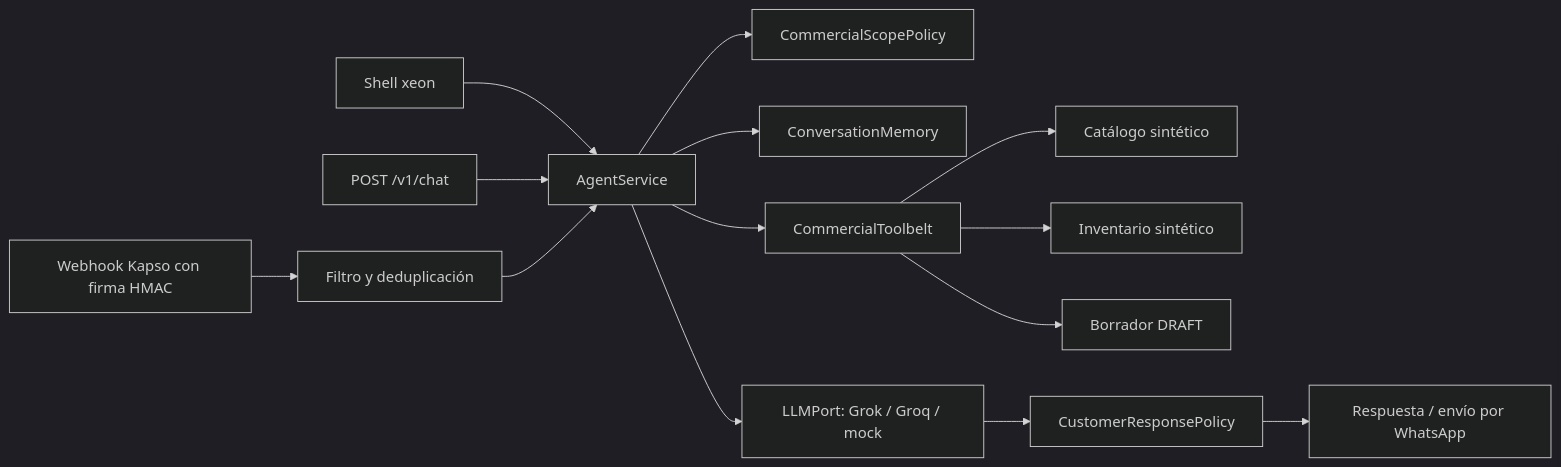
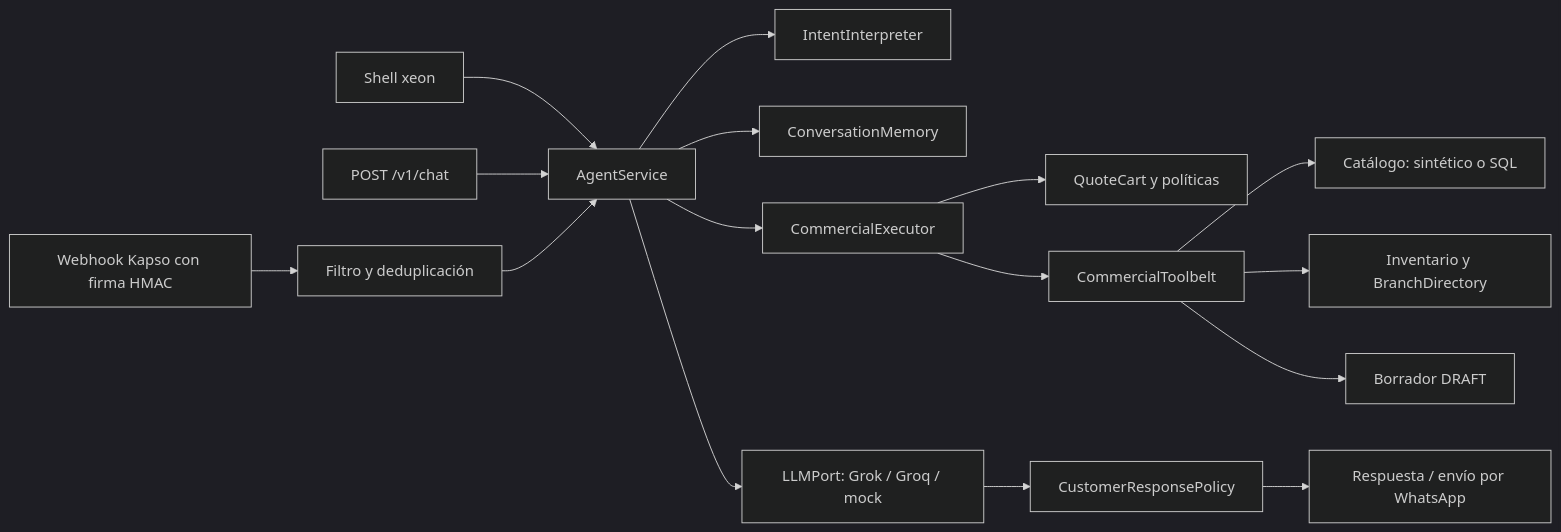
One commit to TuMinipeka/Xeon-agente-cotizaciones changed the diagram in README.md. Above: the diagram before and after it, drawn with Mermaid (dark theme). The commit also changed other lines of this file and 9 other files, not shown here.

````diff
--- a/README.md
+++ b/README.md
@@ -112,15 +116,17 @@
 ```mermaid
 flowchart LR
     U[Shell xeon] --> S
     C[POST /v1/chat] --> S
     W[Webhook Kapso con firma HMAC] --> F[Filtro y deduplicación] --> S
-    S[AgentService] --> P[CommercialScopePolicy]
+    S[AgentService] --> N[IntentInterpreter]
     S --> M[ConversationMemory]
-    S --> T[CommercialToolbelt]
-    T --> K[Catálogo sintético]
-    T --> I[Inventario sintético]
+    S --> X[CommercialExecutor]
+    X --> B[QuoteCart y políticas]
+    X --> T[CommercialToolbelt]
+    T --> K[Catálogo: sintético o SQL]
+    T --> I[Inventario y BranchDirectory]
     T --> Q[Borrador DRAFT]
     S --> L[LLMPort: Grok / Groq / mock]
     L --> R[CustomerResponsePolicy]
     R --> O[Respuesta / envío por WhatsApp]
 ```
````
